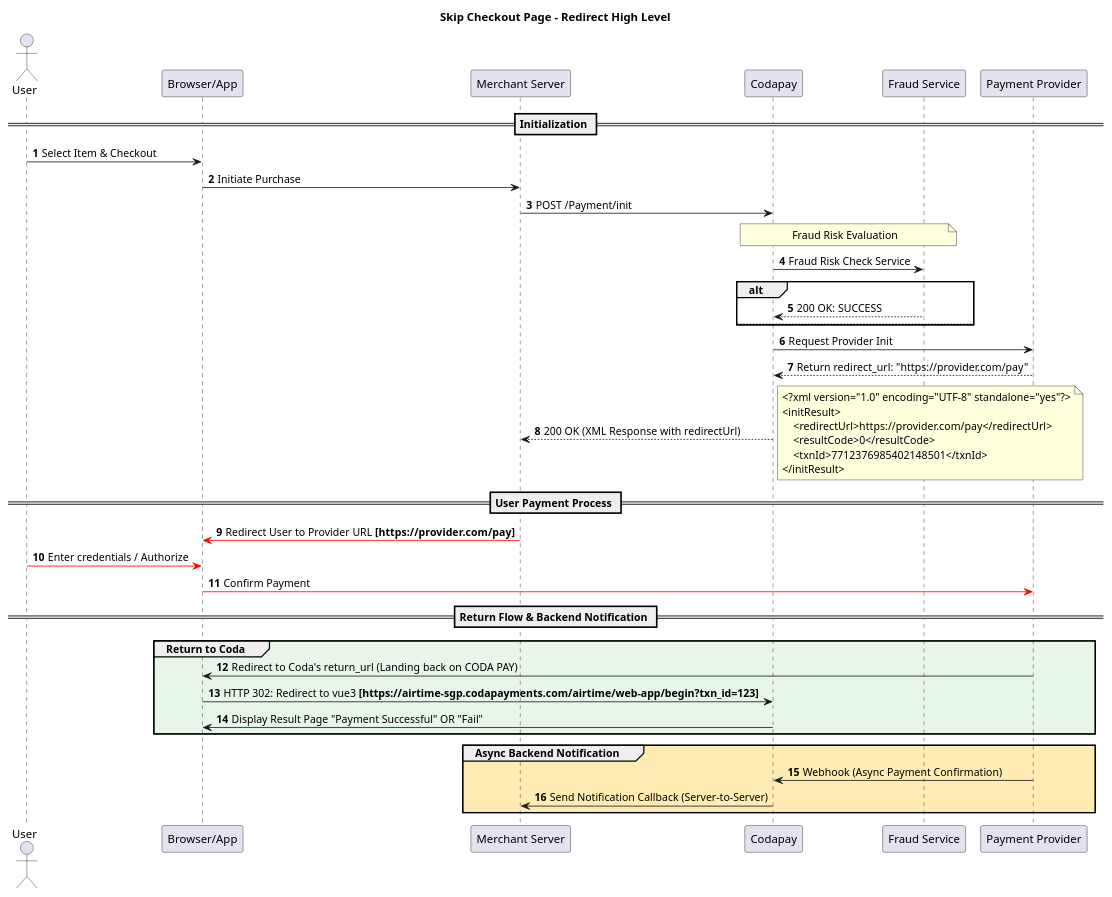
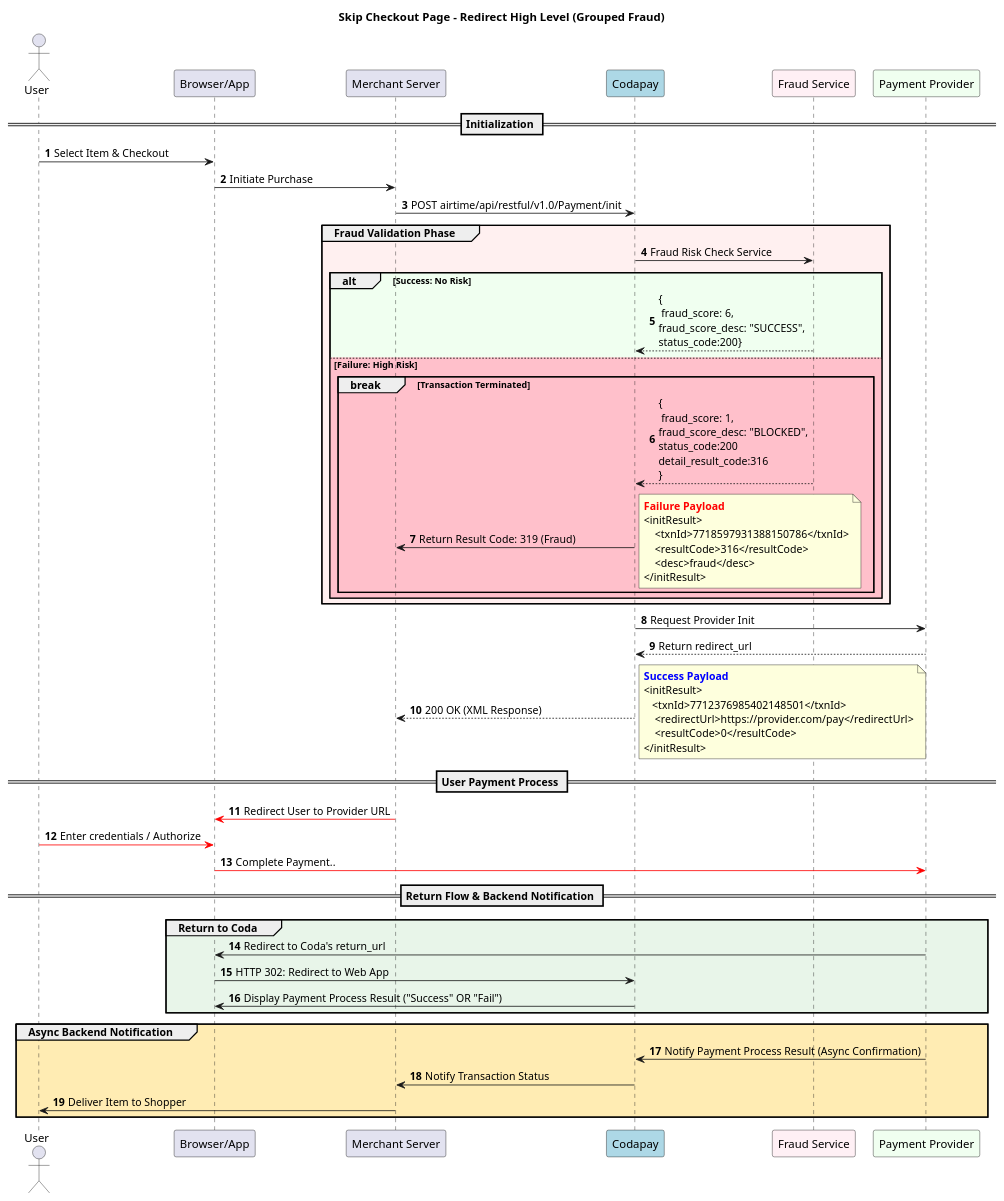
Before and after one commit to ChoChoHtet/UML: the diagram in codalinkout_redirect_high_level.puml, drawn with PlantUML.

Commit message:
update diagram

```diff
--- a/codalinkout_redirect_high_level.puml
+++ b/codalinkout_redirect_high_level.puml
@@ -1,51 +1,68 @@
 @startuml
 autonumber
-title Skip Checkout Page - Redirect High Level
+title Skip Checkout Page - Redirect High Level (Grouped Fraud)
 
 actor User
 participant "Browser/App" as browser
 participant "Merchant Server" as merchant
-participant "Codapay" as pay
-participant "Fraud Service" as fraud
-participant "Payment Provider" as provider
+participant "Codapay" as pay #LightBlue
+participant "Fraud Service" as fraud #LavenderBlush
+participant "Payment Provider" as provider #HoneyDew
 
 == Initialization ==
 User -> browser : Select Item & Checkout
 browser -> merchant : Initiate Purchase
-merchant -> pay : POST /Payment/init
-note over pay,fraud: Fraud Risk Evaluation
-pay -> fraud: Fraud Risk Check Service
-alt
-pay <-- fraud: 200 OK: SUCCESS
-else
+merchant -> pay : POST airtime/api/restful/v1.0/Payment/init
 
+group #FFF0F0 Fraud Validation Phase
+    pay -> fraud: Fraud Risk Check Service
+    alt #HoneyDew Success: No Risk
+        fraud --> pay: {\n fraud_score: 6,\nfraud_score_desc: "SUCCESS",\nstatus_code:200}
+    else #Pink Failure: High Risk
+        break Transaction Terminated
+        fraud --> pay: {\n fraud_score: 1,\nfraud_score_desc: "BLOCKED",\nstatus_code:200\ndetail_result_code:316\n}
+                pay -> merchant: Return Result Code: 319 (Fraud)
+                note right
+                <font color=red><b>Failure Payload</b></font>
+                <initResult>
+                    <txnId>7718597931388150786</txnId>
+                    <resultCode>316</resultCode>
+                    <desc>fraud</desc>
+                </initResult>
+                end note
+        end
+    end
 end
+
 pay -> provider : Request Provider Init
-provider --> pay : Return redirect_url: "https://provider.com/pay"
-pay --> merchant : 200 OK (XML Response with redirectUrl)
+provider --> pay : Return redirect_url
+pay --> merchant : 200 OK (XML Response)
+
 note right
-<?xml version="1.0" encoding="UTF-8" standalone="yes"?>
+<font color=blue><b>Success Payload</b></font>
 <initResult>
+   <txnId>7712376985402148501</txnId>
     <redirectUrl>https://provider.com/pay</redirectUrl>
     <resultCode>0</resultCode>
-    <txnId>7712376985402148501</txnId>
 </initResult>
 end note
 
 == User Payment Process ==
-merchant -[#red]> browser : Redirect User to Provider URL <b>[https://provider.com/pay]</b>
+merchant -[#red]> browser : Redirect User to Provider URL
 User -[#red]> browser : Enter credentials / Authorize
-browser -[#red]> provider : Confirm Payment
-  == Return Flow & Backend Notification ==
+browser -[#red]> provider : Complete Payment..
+
+== Return Flow & Backend Notification ==
 group #E8F5E9 Return to Coda
-    provider -> browser : Redirect to Coda's return_url (Landing back on CODA PAY)
-    browser -> pay : HTTP 302: Redirect to vue3 <b>[https://airtime-sgp.codapayments.com/airtime/web-app/begin?txn_id=123]
-    pay -> browser : Display Result Page "Payment Successful" OR "Fail"
+    provider -> browser : Redirect to Coda's return_url
+    browser -> pay : HTTP 302: Redirect to Web App
+    pay -> browser : Display Payment Process Result ("Success" OR "Fail")
 end
 
 group #FFECB3 Async Backend Notification
-    provider -> pay : Webhook (Async Payment Confirmation)
-    pay -> merchant : Send Notification Callback (Server-to-Server)
+    provider -> pay : Notify Payment Process Result (Async Confirmation)
+    pay -> merchant : Notify Transaction Status
+    merchant -> User : Deliver Item to Shopper
 end
 
 @enduml
```
